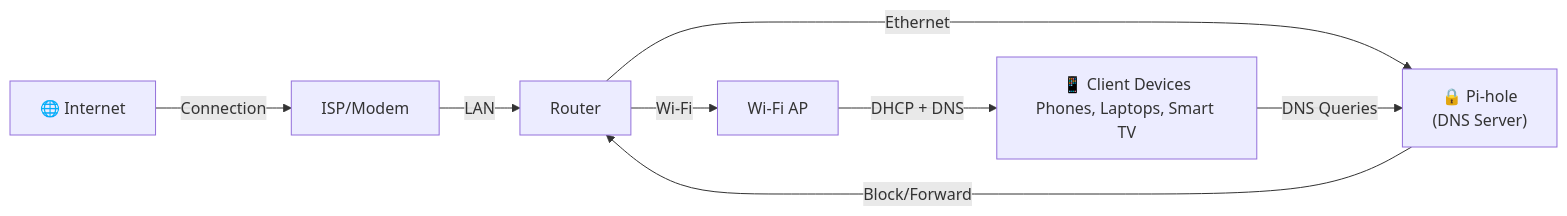
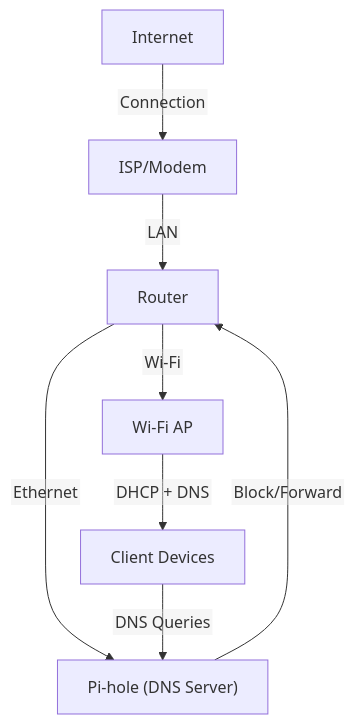
The first of 4 diagrams in slides.md (CodeHubOrg/intro-to-home-networking), drawn with Mermaid before and after one commit. The commit also changed other lines of this file and 7 other files, not shown here.

First line of the commit message:
feat: render Mermaid diagrams via Kroki at build time

````diff
--- a/slides.md
+++ b/slides.md
@@ -133,17 +129,18 @@
 ```mermaid
-graph LR
-    Internet["🌐 Internet"]
+%%{init: {"flowchart": {"htmlLabels": false}}}%%
+graph TD
+    Internet["Internet"]
     ISP["ISP/Modem"]
     Router["Router"]
     WiFi["Wi-Fi AP"]
-    PiHole["🔒 Pi-hole<br/>(DNS Server)"]
-    Devices["📱 Client Devices<br/>Phones, Laptops, Smart TV"]
+    PiHole["Pi-hole (DNS Server)"]
+    Devices["Client Devices"]
 
     Internet -->|Connection| ISP
     ISP -->|LAN| Router
     Router -->|Ethernet| PiHole
     Router -->|Wi-Fi| WiFi
     WiFi -->|DHCP + DNS| Devices
     Devices -->|DNS Queries| PiHole
     PiHole -->|Block/Forward| Router
 ```
````
